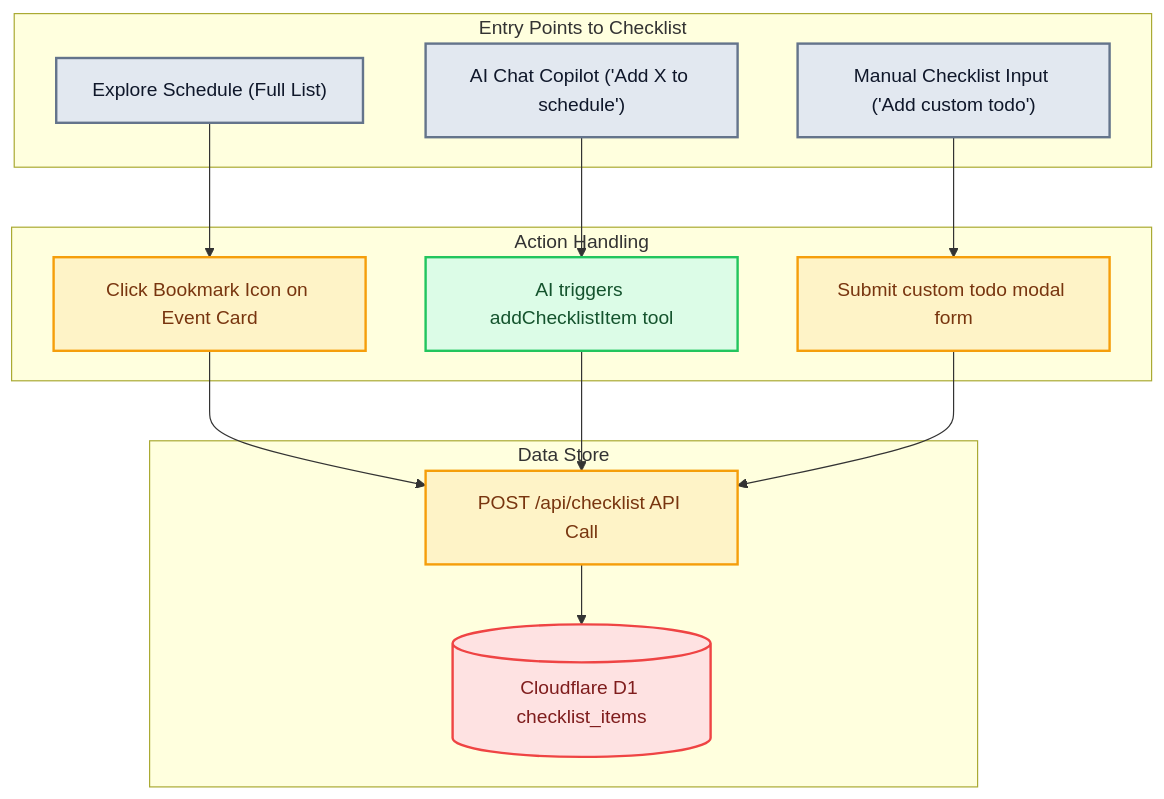
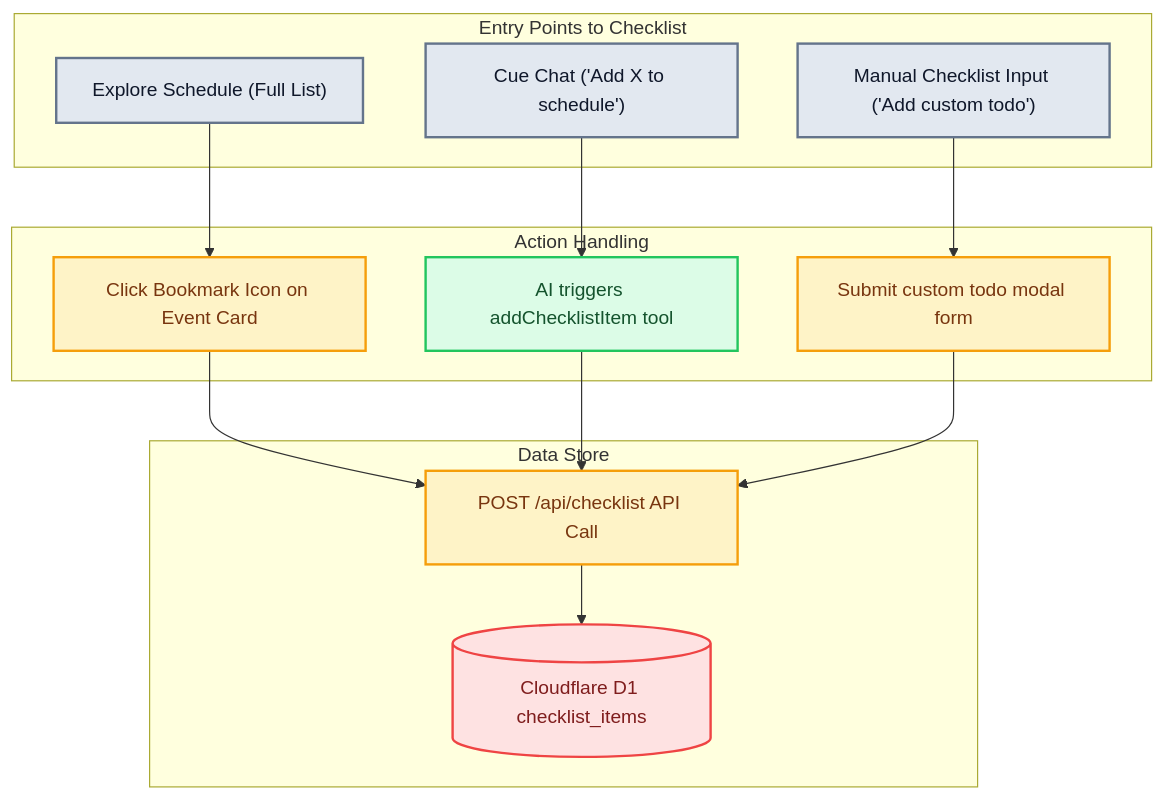
The first of 2 diagrams in new_features/Feature_Event_Checklist.md (khangzens2001/AI-build-week-gemo), drawn with Mermaid before and after one commit. The commit also changed other lines of this file and 44 other files, not shown here.

First line of the commit message:
feat: rebrand to Cue + chat UX + VM auto-deploy

````diff
--- a/new_features/Feature_Event_Checklist.md
+++ b/new_features/Feature_Event_Checklist.md
@@ -130,31 +130,31 @@
 ```mermaid
 flowchart TD
     %% Define Styles
     classDef user fill:#e2e8f0,stroke:#64748b,stroke-width:2px,color:#0f172a
     classDef ai fill:#dcfce7,stroke:#22c55e,stroke-width:2px,color:#14532d
     classDef system fill:#fef3c7,stroke:#f59e0b,stroke-width:2px,color:#78350f
     classDef database fill:#fee2e2,stroke:#ef4444,stroke-width:2px,color:#7f1d1d
     classDef outcome fill:#dbeafe,stroke:#3b82f6,stroke-width:3px,color:#1e3a8a
 
     subgraph EntryPoints["Entry Points to Checklist"]
         U1["Explore Schedule (Full List)"]:::user
-        U2["AI Chat Copilot ('Add X to schedule')"]:::user
+        U2["Cue Chat ('Add X to schedule')"]:::user
         U3["Manual Checklist Input ('Add custom todo')"]:::user
     end
 
     subgraph Actions["Action Handling"]
         A1["Click Bookmark Icon on Event Card"]:::system
         A2["AI triggers addChecklistItem tool"]:::ai
         A3["Submit custom todo modal form"]:::system
     end
 
     subgraph Storage["Data Store"]
         D1["POST /api/checklist API Call"]:::system
         DB[("Cloudflare D1 checklist_items")]:::database
     end
 
     U1 --> A1 --> D1
     U2 --> A2 --> D1
     U3 --> A3 --> D1
     D1 --> DB
 ```
````
